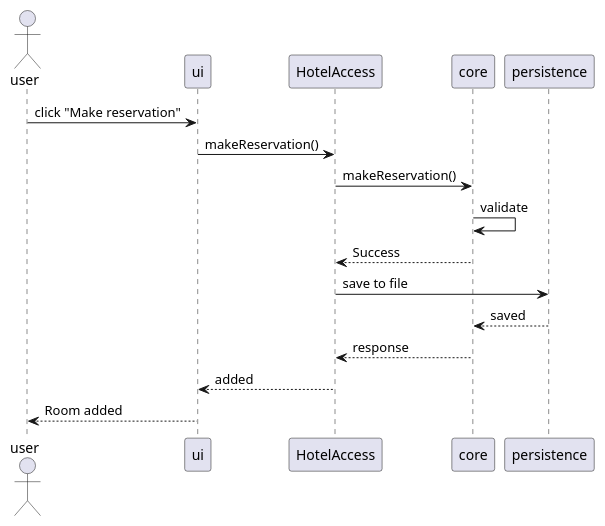
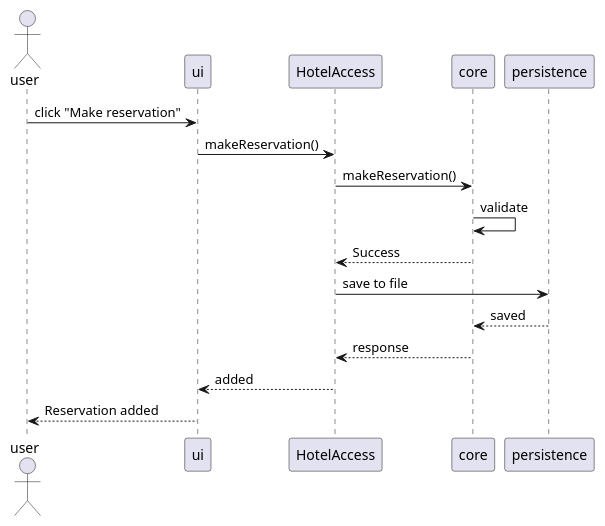
Before and after one commit to erlendps/IT1901---HotelSys: the diagram in docs/sequenceDiagrams/makeReservation.md, drawn with PlantUML.

Commit message:
#163 Fix mistake in sequence diagram

````diff
--- a/docs/sequenceDiagrams/makeReservation.md
+++ b/docs/sequenceDiagrams/makeReservation.md
@@ -1,19 +1,19 @@
 ```plantuml
 @startuml
 
     actor user
 
     user -> ui: click "Make reservation"
     ui -> HotelAccess: makeReservation()
     HotelAccess -> core: makeReservation()
     core -> core: validate
     HotelAccess <-- core: Success
     HotelAccess -> persistence: save to file
 
     core <-- persistence: saved
     HotelAccess <-- core: response
     ui <-- HotelAccess: added
-    user <-- ui: Room added
+    user <-- ui: Reservation added
 
 @enduml
 ```
````
